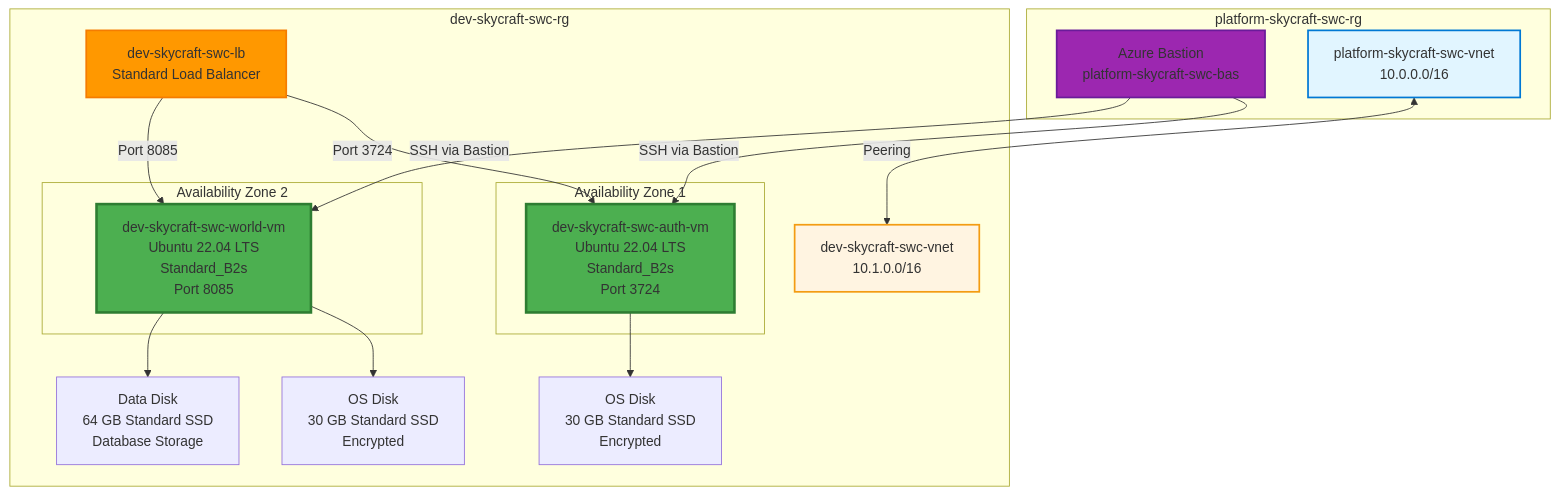
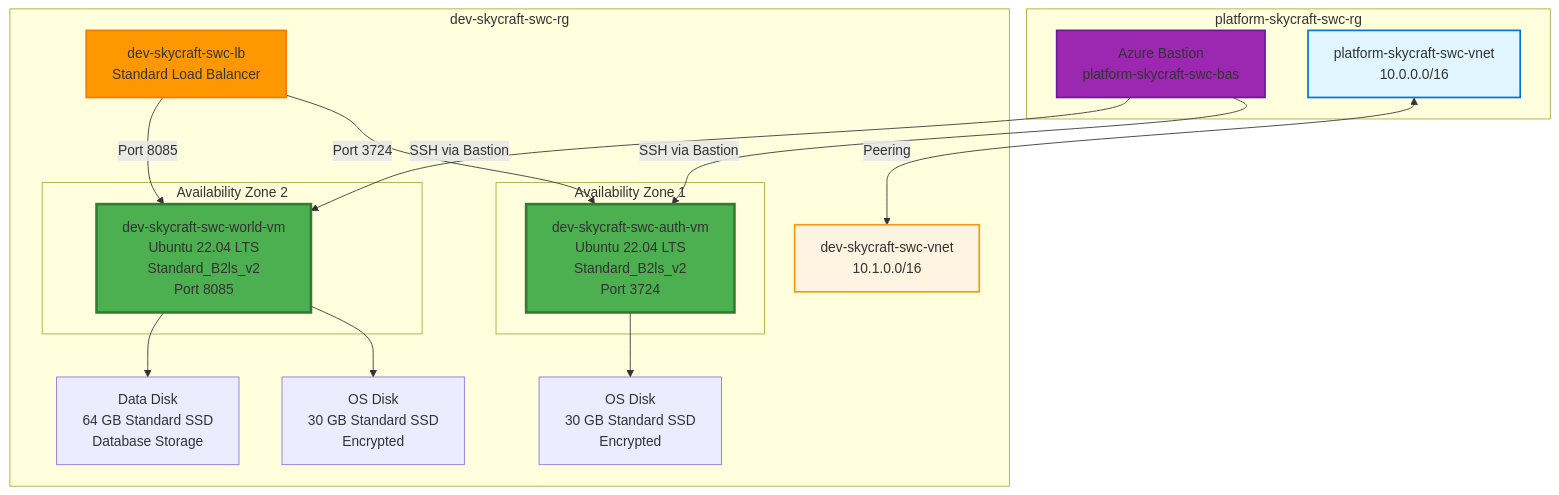
Before and after one commit to mbiszczanik/skycraft: the diagram in module-3-compute/3.2-virtual-machines/lab-guide-3.2.md, drawn with Mermaid. The commit also changed other lines of this file and 41 other files, not shown here.

````diff
--- a/module-3-compute/3.2-virtual-machines/lab-guide-3.2.md
+++ b/module-3-compute/3.2-virtual-machines/lab-guide-3.2.md
@@ -21,44 +21,44 @@
 ```mermaid
 graph TB
     subgraph "platform-skycraft-swc-rg"
         Bastion[Azure Bastion<br/>platform-skycraft-swc-bas]
         HubVNet[platform-skycraft-swc-vnet<br/>10.0.0.0/16]
     end
 
     subgraph "dev-skycraft-swc-rg"
         DevVNet[dev-skycraft-swc-vnet<br/>10.1.0.0/16]
 
         subgraph "Availability Zone 1"
-            AuthVM[dev-skycraft-swc-auth-vm<br/>Ubuntu 22.04 LTS<br/>Standard_B2s<br/>Port 3724]
+            AuthVM[dev-skycraft-swc-auth-vm<br/>Ubuntu 22.04 LTS<br/>Standard_B2ls_v2<br/>Port 3724]
         end
 
         subgraph "Availability Zone 2"
-            WorldVM[dev-skycraft-swc-world-vm<br/>Ubuntu 22.04 LTS<br/>Standard_B2s<br/>Port 8085]
+            WorldVM[dev-skycraft-swc-world-vm<br/>Ubuntu 22.04 LTS<br/>Standard_B2ls_v2<br/>Port 8085]
         end
 
         AuthDisk[OS Disk<br/>30 GB Standard SSD<br/>Encrypted]
         WorldDisk[OS Disk<br/>30 GB Standard SSD<br/>Encrypted]
         DataDisk[Data Disk<br/>64 GB Standard SSD<br/>Database Storage]
 
         DevLB[dev-skycraft-swc-lb<br/>Standard Load Balancer]
     end
 
     Bastion -->|SSH via Bastion| AuthVM
     Bastion -->|SSH via Bastion| WorldVM
 
     HubVNet <-->|Peering| DevVNet
 
     AuthVM --> AuthDisk
     WorldVM --> WorldDisk
     WorldVM --> DataDisk
 
     DevLB -->|Port 3724| AuthVM
     DevLB -->|Port 8085| WorldVM
 
     style Bastion fill:#9C27B0,stroke:#6A1B9A,stroke-width:2px
     style AuthVM fill:#4CAF50,stroke:#2E7D32,stroke-width:3px
     style WorldVM fill:#4CAF50,stroke:#2E7D32,stroke-width:3px
     style DevLB fill:#FF9800,stroke:#F57C00,stroke-width:2px
     style HubVNet fill:#e1f5ff,stroke:#0078d4,stroke-width:2px
     style DevVNet fill:#fff4e1,stroke:#f39c12,stroke-width:2px
 ```
````
